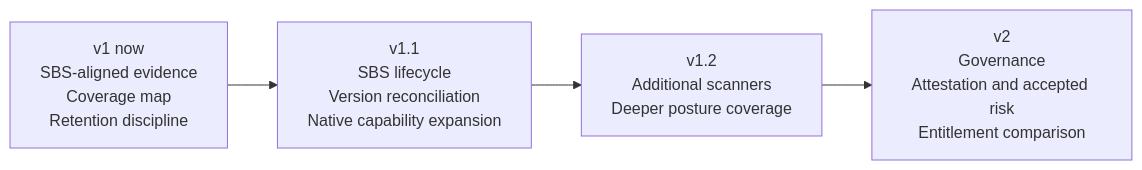
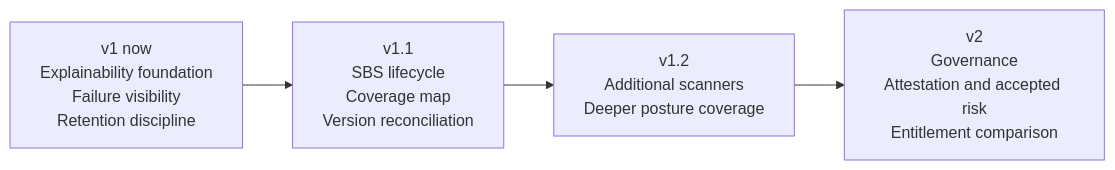
The diagram in ROADMAP.md (luca-pacini/sf-security-observatory), drawn with Mermaid before and after one commit. The commit also changed other lines of this file, not shown here.

Commit message:
docs: correct public roadmap v1 scope

````diff
--- a/ROADMAP.md
+++ b/ROADMAP.md
@@ -15,8 +15,8 @@
 ```mermaid
 flowchart LR
-  v1["v1 now<br/>SBS-aligned evidence<br/>Coverage map<br/>Retention discipline"]
-  v11["v1.1<br/>SBS lifecycle<br/>Version reconciliation<br/>Native capability expansion"]
+  v1["v1 now<br/>Explainability foundation<br/>Failure visibility<br/>Retention discipline"]
+  v11["v1.1<br/>SBS lifecycle<br/>Coverage map<br/>Version reconciliation"]
   v12["v1.2<br/>Additional scanners<br/>Deeper posture coverage"]
   v2["v2<br/>Governance<br/>Attestation and accepted risk<br/>Entitlement comparison"]
   v1 --> v11 --> v12 --> v2
 ```
````
